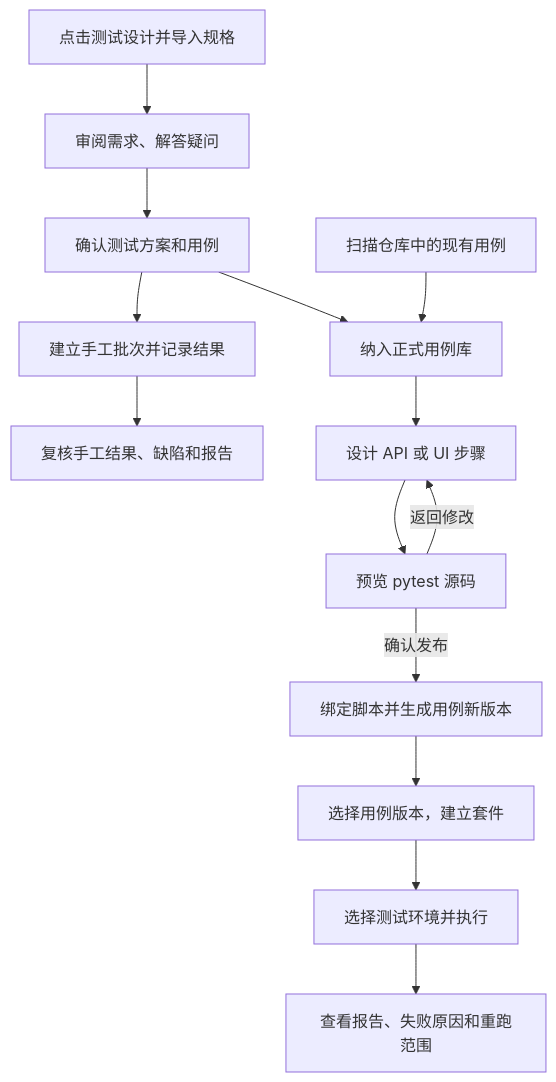
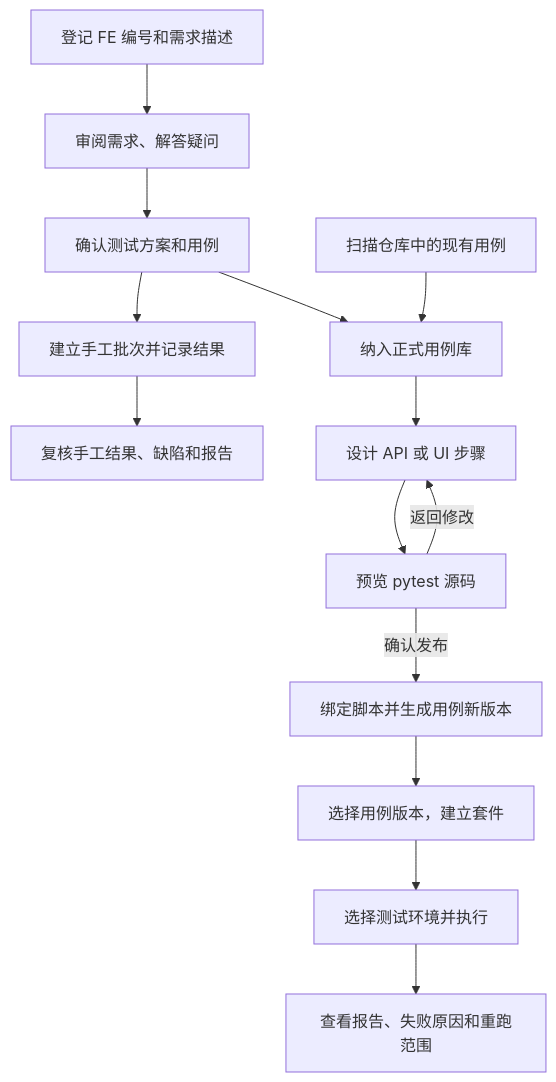
Before and after one commit to c903648678-sys/healthmanager-autotest: the first of 2 diagrams in README.md, drawn with Mermaid. The commit also changed other lines of this file and 1 other file, not shown here.

````diff
--- a/README.md
+++ b/README.md
@@ -28,16 +28,16 @@
 ```mermaid
 flowchart TD
-    A["点击测试设计并导入规格"] --> B["审阅需求、解答疑问"]
+    A["登记 FE 编号和需求描述"] --> B["审阅需求、解答疑问"]
     B --> C["确认测试方案和用例"]
     C --> M["建立手工批次并记录结果"]
     C --> D["纳入正式用例库"]
     E["扫描仓库中的现有用例"] --> D
     D --> F["设计 API 或 UI 步骤"]
     F --> G["预览 pytest 源码"]
     G -->|返回修改| F
     G -->|确认发布| H["绑定脚本并生成用例新版本"]
     H --> I["选择用例版本，建立套件"]
     I --> J["选择测试环境并执行"]
     J --> K["查看报告、失败原因和重跑范围"]
     M --> L["复核手工结果、缺陷和报告"]
 ```
````
